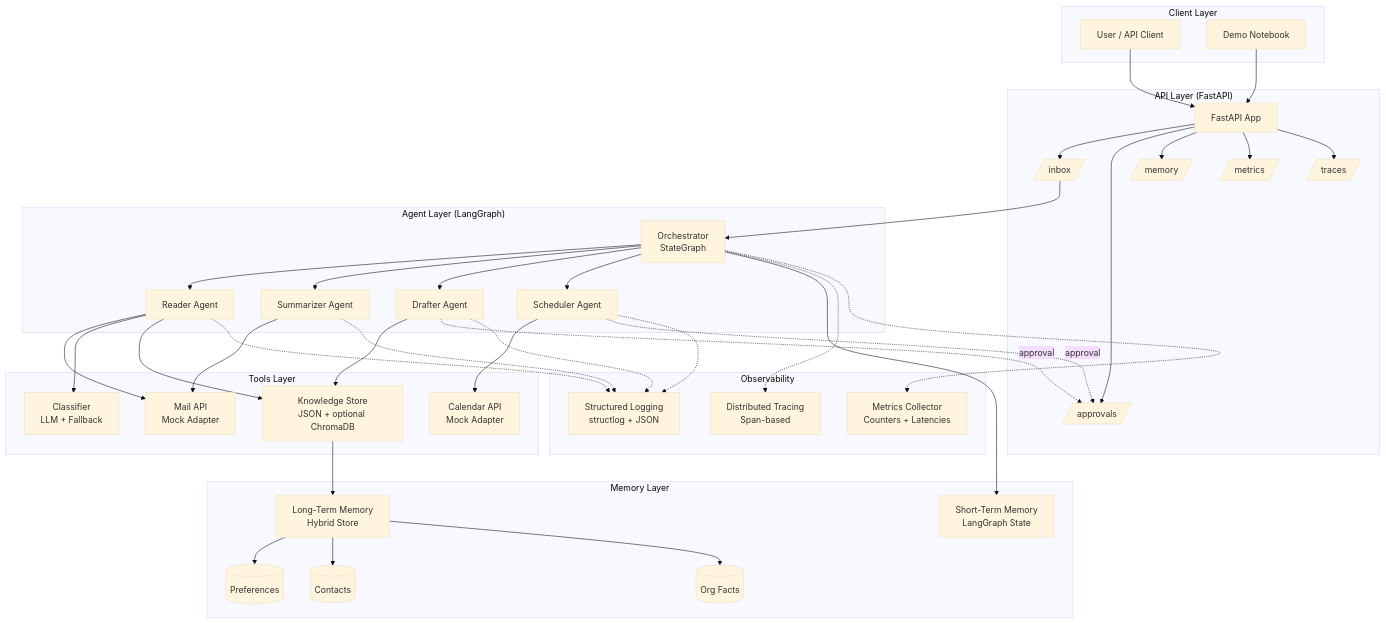
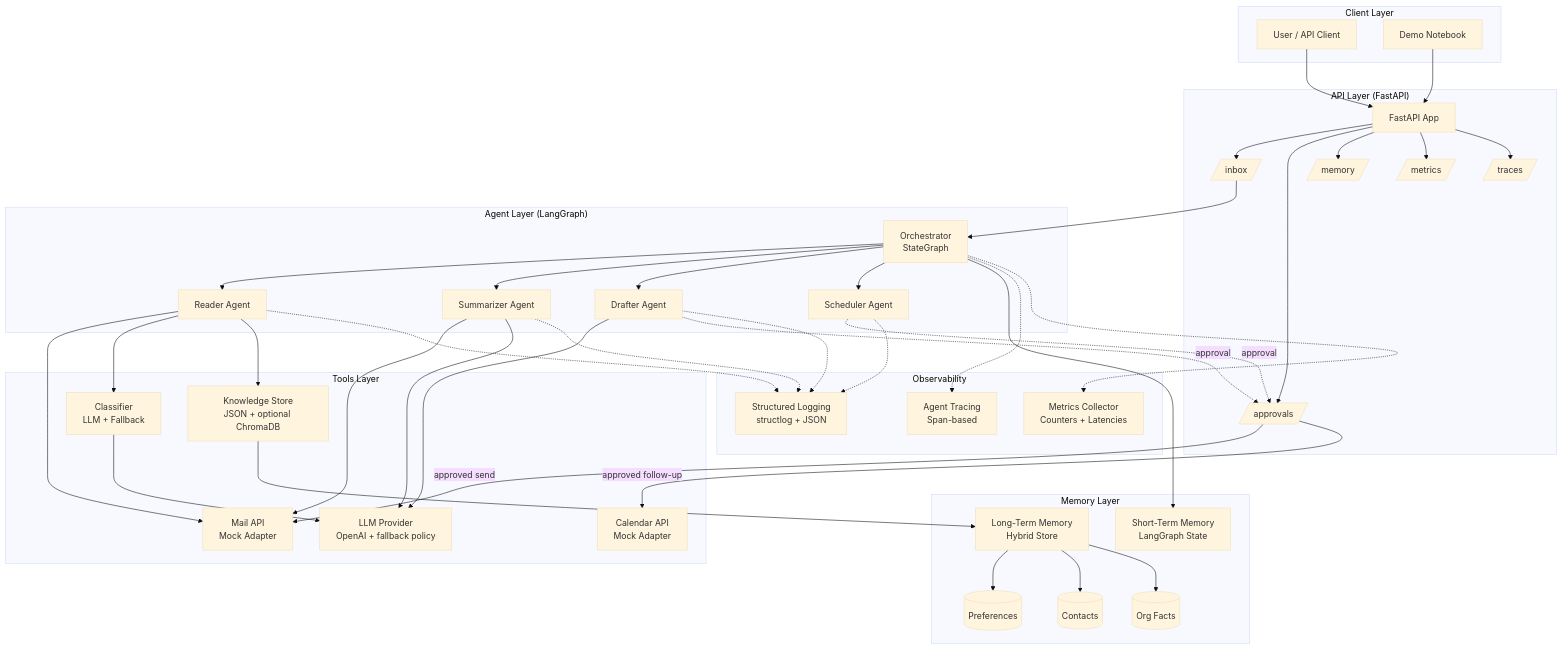
The first of 4 diagrams in docs/architecture.md (ArgirisBaras/betsson_assessment), drawn with Mermaid (base theme) before and after one commit. The commit also changed other lines of this file and 1 other file, not shown here.

Commit message:
docs: update README and architecture

```diff
--- a/docs/architecture.md
+++ b/docs/architecture.md
@@ -30,6 +30,7 @@
         MAIL[Mail API<br/>Mock Adapter]
         CAL[Calendar API<br/>Mock Adapter]
         CLS[Classifier<br/>LLM + Fallback]
+        LLM[LLM Provider<br/>OpenAI + fallback policy]
         KS[Knowledge Store<br/>JSON + optional ChromaDB]
     end
 
@@ -43,7 +44,7 @@
 
     subgraph "Observability"
         LOG[Structured Logging<br/>structlog + JSON]
-        TRACE[Distributed Tracing<br/>Span-based]
+        TRACE[Agent Tracing<br/>Span-based]
         METRICS[Metrics Collector<br/>Counters + Latencies]
     end
 
@@ -65,11 +66,14 @@
     RDR --> CLS
     RDR --> KS
     SUM --> MAIL
-    DRF --> KS
-    SCH --> CAL
+    CLS --> LLM
+    SUM --> LLM
+    DRF --> LLM
 
     DRF -.->|approval| APR
     SCH -.->|approval| APR
+    APR -->|approved send| MAIL
+    APR -->|approved follow-up| CAL
 
     KS --> LTM
     LTM --> LTM_P
```
